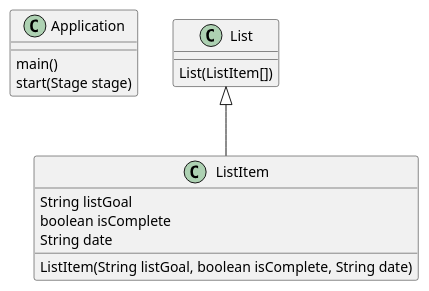
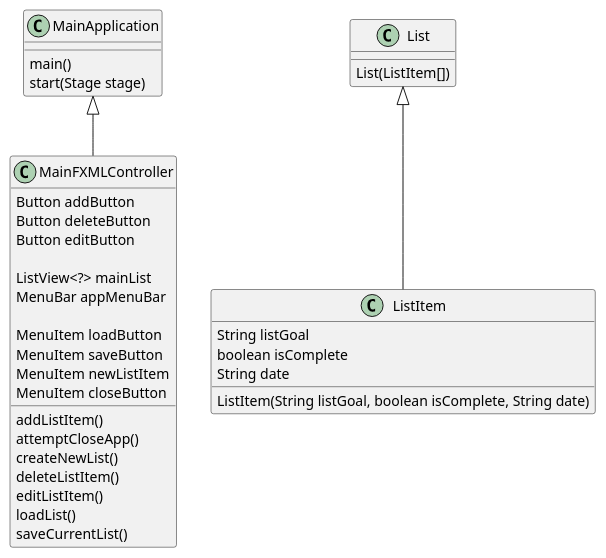
One commit to RandyRoberts99/roberts-app1-design changed the diagram in docs/ApplicationDiagram.puml. Above: the diagram before and after it, drawn with PlantUML.

Commit message:
Added updated plantUML diagram

```diff
--- a/docs/ApplicationDiagram.puml
+++ b/docs/ApplicationDiagram.puml
@@ -1,29 +1,54 @@
 @startuml
 'https://plantuml.com/class-diagram
 
 ' The application class will follow the requirements of containing only the launch command, and
 ' enough code to launch the first GUI in the start method.
-class Application
+class MainApplication
 {
 main()
 start(Stage stage)
 }
 
+' This class deals with all the events inside the app and how they will relate to the
+' other bits of code associated with the app
+class MainFXMLController
+{
+Button addButton
+Button deleteButton
+Button editButton
+
+ListView<?> mainList
+MenuBar appMenuBar
+
+MenuItem loadButton
+MenuItem saveButton
+MenuItem newListItem
+MenuItem closeButton
+
+
+addListItem()
+attemptCloseApp()
+createNewList()
+deleteListItem()
+editListItem()
+loadList()
+saveCurrentList()
+}
 ' This will be an object that holds a list of objects that contain data about each
 ' item in the list, hence the name listItem
 class ListItem
 {
     String listGoal
     boolean isComplete
     String date
     ListItem(String listGoal, boolean isComplete, String date)
 }
 ' This object will hold all the properties of an item in the to do list.
 class List
 {
     List(ListItem[])
 }
-
+MainApplication <|-- MainFXMLController
 List <|-- ListItem
 
 @enduml
```
